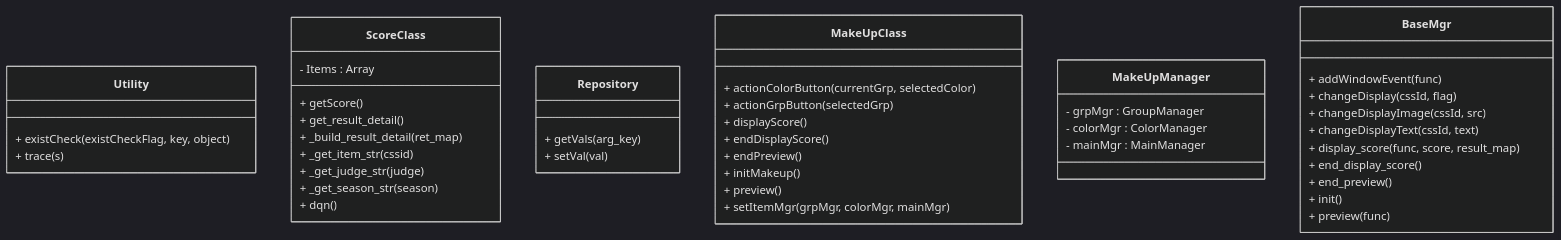
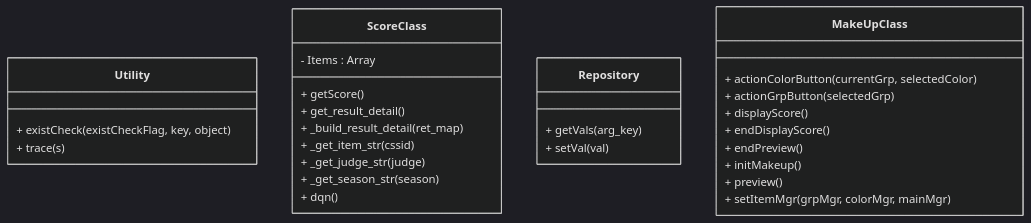
Before and after one commit to data2coordi/pub_makeup: the fifth of 5 diagrams in classDiagram.md, drawn with Mermaid (dark theme).

````diff
--- a/classDiagram.md
+++ b/classDiagram.md
@@ -162,52 +190,35 @@
 ```mermaid
 classDiagram
 class Utility {
 + existCheck(existCheckFlag, key, object)
 + trace(s)
 }
 
 class ScoreClass {
 - Items : Array
 + getScore()
 + get_result_detail()
 + _build_result_detail(ret_map)
 + _get_item_str(cssid)
 + _get_judge_str(judge)
 + _get_season_str(season)
 + dqn()
 }
 
 class Repository {
 + getVals(arg_key)
 + setVal(val)
 }
 
 class MakeUpClass {
 + actionColorButton(currentGrp, selectedColor)
 + actionGrpButton(selectedGrp)
 + displayScore()
 + endDisplayScore()
 + endPreview()
 + initMakeup()
 + preview()
 + setItemMgr(grpMgr, colorMgr, mainMgr)
 }
 
-class MakeUpManager {
-- grpMgr : GroupManager
-- colorMgr : ColorManager
-- mainMgr : MainManager
-}
-
-class BaseMgr {
-+ addWindowEvent(func)
-+ changeDisplay(cssId, flag)
-+ changeDisplayImage(cssId, src)
-+ changeDisplayText(cssId, text)
-+ display_score(func, score, result_map)
-+ end_display_score()
-+ end_preview()
-+ init()
-+ preview(func)
-}
 ```
````
